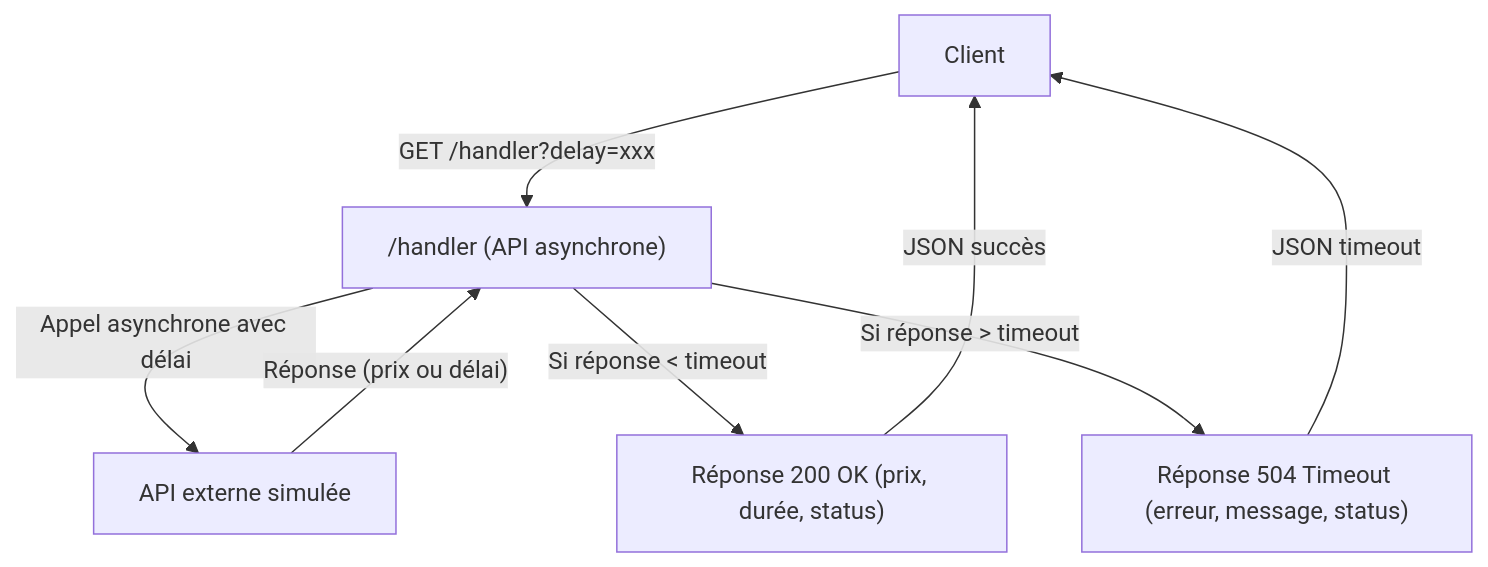
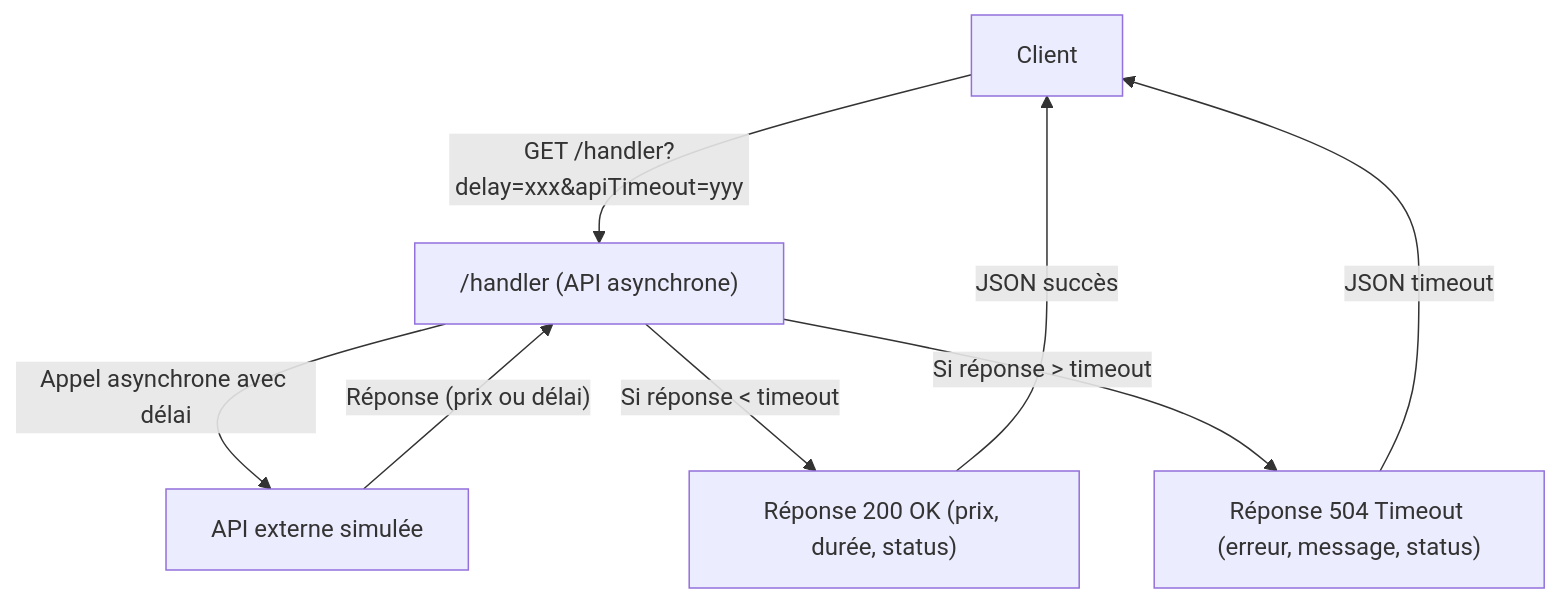
Before and after one commit to thibautpe/poc_api_async: the diagram in README.md, drawn with Mermaid. The commit also changed other lines of this file and 13 other files, not shown here.

First line of the commit message:
docs: update README and architecture documentation for API timeout handling

````diff
--- a/README.md
+++ b/README.md
@@ -7,16 +7,16 @@
 ```mermaid
 flowchart TD
     CLIENT["Client"]
     HANDLER["/handler (API asynchrone)"]
     EXTERNAL["API externe simulée"]
     OK["Réponse 200 OK (prix, durée, status)"]
     TIMEOUT["Réponse 504 Timeout (erreur, message, status)"]
 
-    CLIENT -- "GET /handler?delay=xxx" --> HANDLER
+    CLIENT -- "GET /handler?delay=xxx&apiTimeout=yyy" --> HANDLER
     HANDLER -- "Appel asynchrone avec délai" --> EXTERNAL
     EXTERNAL -- "Réponse (prix ou délai)" --> HANDLER
     HANDLER -- "Si réponse < timeout" --> OK
     HANDLER -- "Si réponse > timeout" --> TIMEOUT
     OK -- "JSON succès" --> CLIENT
     TIMEOUT -- "JSON timeout" --> CLIENT
 ```
````
